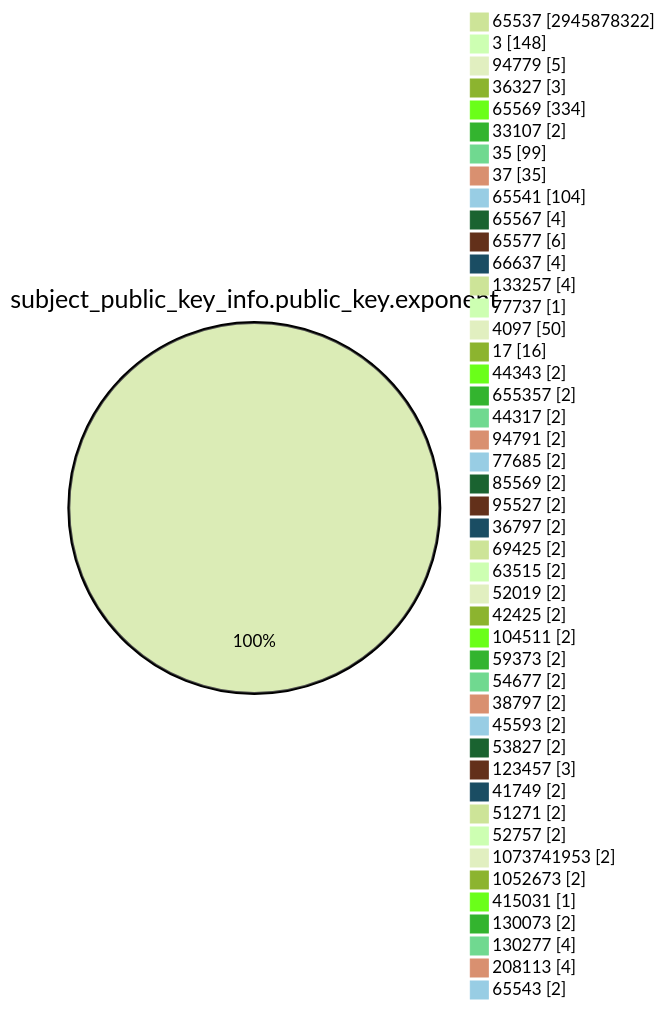
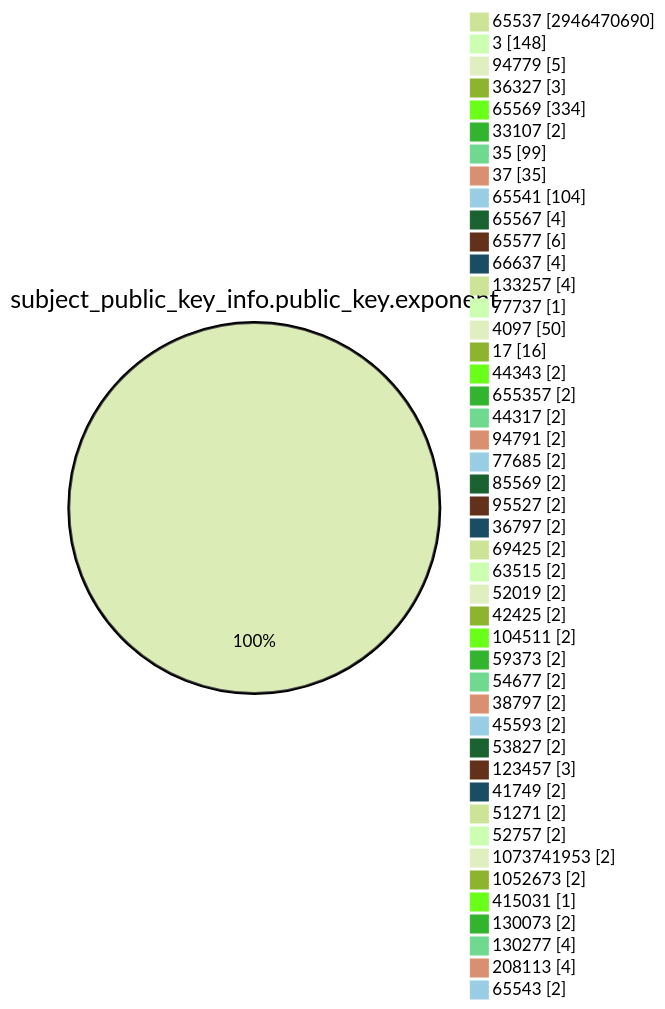
One commit to christiankrug/ctmonitor_visualization changed the fourth of 15 diagrams in TOTAL/README.md. Above: the diagram before and after it, drawn with Mermaid (forest theme). The commit also changed other lines of this file, not shown here.

````diff
--- a/TOTAL/README.md
+++ b/TOTAL/README.md
@@ -1471,49 +1471,49 @@
 ```mermaid
 pie showData
 title subject_public_key_info.public_key.exponent
-"65537" :2945878322
+"65537" :2946470690
 "3" :148
 "94779" :5
 "36327" :3
 "65569" :334
 "33107" :2
 "35" :99
 "37" :35
 "65541" :104
 "65567" :4
 "65577" :6
 "66637" :4
 "133257" :4
 "77737" :1
 "4097" :50
 "17" :16
 "44343" :2
 "655357" :2
 "44317" :2
 "94791" :2
 "77685" :2
 "85569" :2
 "95527" :2
 "36797" :2
 "69425" :2
 "63515" :2
 "52019" :2
 "42425" :2
 "104511" :2
 "59373" :2
 "54677" :2
 "38797" :2
 "45593" :2
 "53827" :2
 "123457" :3
 "41749" :2
 "51271" :2
 "52757" :2
 "1073741953" :2
 "1052673" :2
 "415031" :1
 "130073" :2
 "130277" :4
 "208113" :4
 "65543" :2
 ```
````
